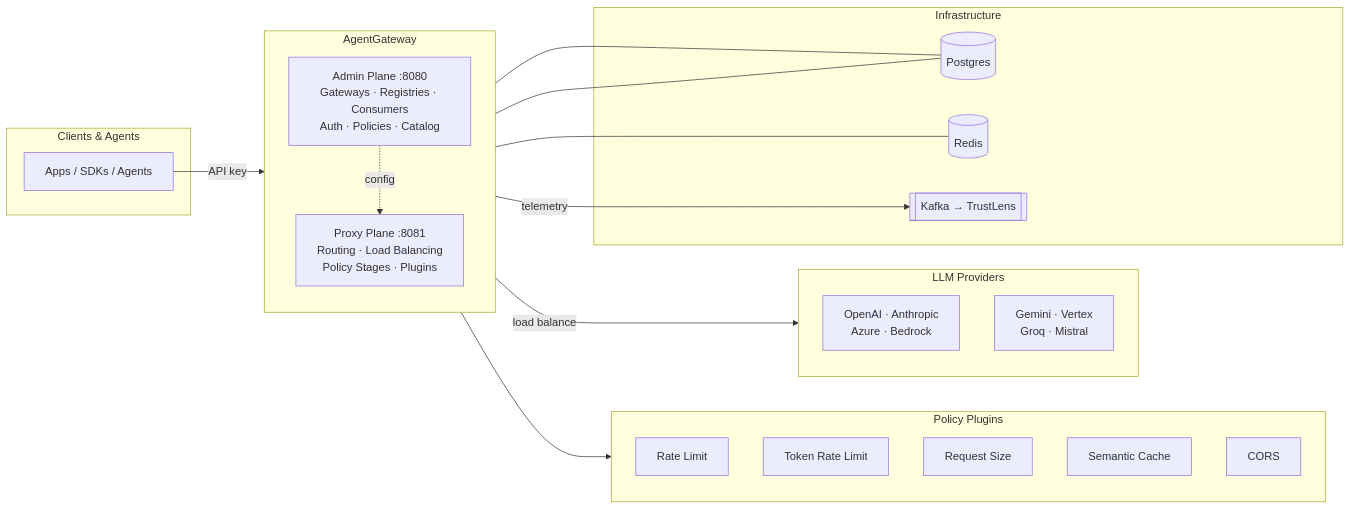
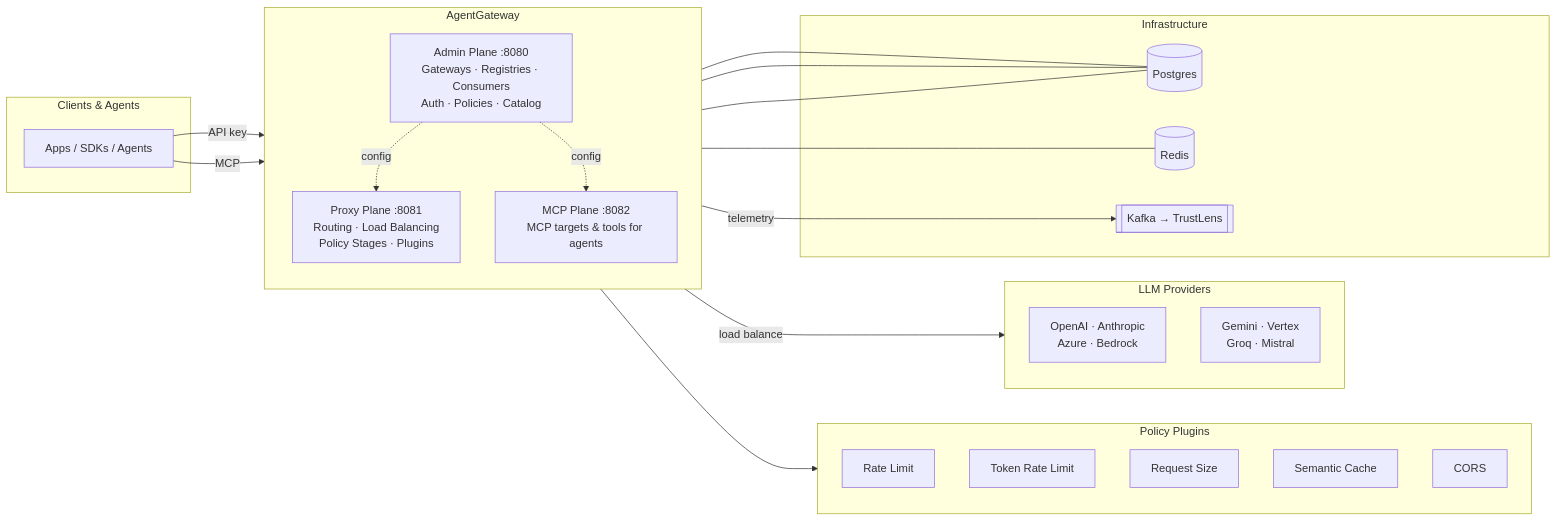
The diagram in README.md (NeuralTrust/TrustGate), drawn with Mermaid before and after one commit. The commit also changed other lines of this file and 3 other files, not shown here.

````diff
--- a/README.md
+++ b/README.md
@@ -118,40 +211,44 @@
 ```mermaid
 flowchart LR
     subgraph Clients["Clients & Agents"]
         APP["Apps / SDKs / Agents"]
     end
 
     subgraph AG["AgentGateway"]
         direction TB
         ADMIN["Admin Plane :8080\nGateways · Registries · Consumers\nAuth · Policies · Catalog"]
         PROXY["Proxy Plane :8081\nRouting · Load Balancing\nPolicy Stages · Plugins"]
+        MCP["MCP Plane :8082\nMCP targets & tools for agents"]
     end
 
     subgraph Plugins["Policy Plugins"]
         RL["Rate Limit"]
         TRL["Token Rate Limit"]
         RS["Request Size"]
         SC["Semantic Cache"]
         CORS["CORS"]
     end
 
     subgraph Providers["LLM Providers"]
         P1["OpenAI · Anthropic\nAzure · Bedrock"]
         P2["Gemini · Vertex\nGroq · Mistral"]
     end
 
     subgraph Infra["Infrastructure"]
         PG[("Postgres")]
         RD[("Redis")]
         KFK[["Kafka → TrustLens"]]
     end
 
     APP -->|API key| PROXY
+    APP -->|MCP| MCP
     PROXY --> Plugins
     PROXY -->|load balance| Providers
     ADMIN -. config .-> PROXY
+    ADMIN -. config .-> MCP
     ADMIN --- PG
     PROXY --- PG
     PROXY --- RD
+    MCP --- PG
     PROXY -->|telemetry| KFK
 ```
````
